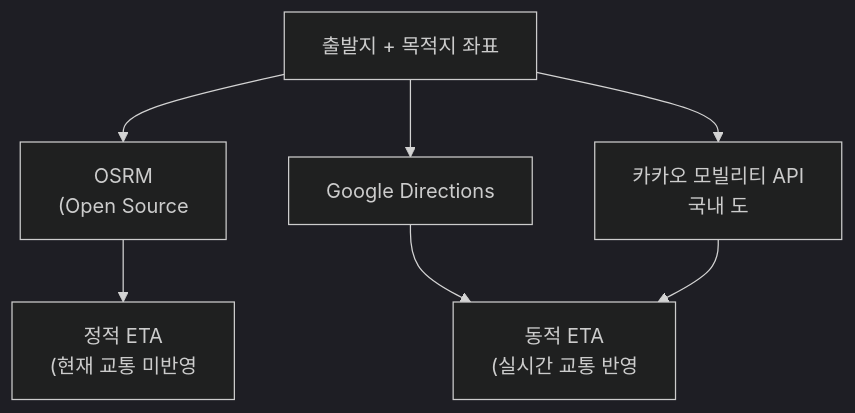
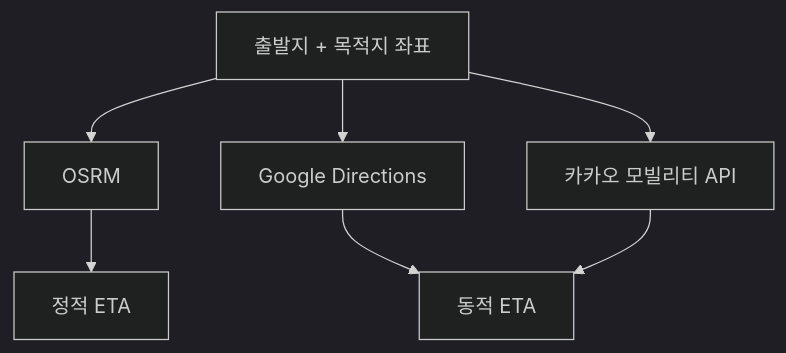
Before and after one commit to yjkim2015/yjkim2015.github.io: the seventh of 9 diagrams in _posts/systemdesign/2026-05-03-system-design-location.md, drawn with Mermaid (dark theme). The commit also changed other lines of this file and 217 other files, not shown here.

First line of the commit message:
Mermaid 크기 수정: useMaxWidth:true + SVG max-width:100% + 라벨 축소

````diff
--- a/_posts/systemdesign/2026-05-03-system-design-location.md
+++ b/_posts/systemdesign/2026-05-03-system-design-location.md
@@ -609,10 +609,10 @@
 ```mermaid
 graph TD
     Input["출발지 + 목적지 좌표"]
-    Input --> OSRM["OSRM\n(Open Source"]
+    Input --> OSRM["OSRM"]
     Input --> Google["Google Directions"]
-    Input --> Kakao["카카오 모빌리티 API\n국내 도"]
-    OSRM --> Static["정적 ETA\n(현재 교통 미반영"]
-    Google --> Dynamic["동적 ETA\n(실시간 교통 반영"]
+    Input --> Kakao["카카오 모빌리티 API"]
+    OSRM --> Static["정적 ETA"]
+    Google --> Dynamic["동적 ETA"]
     Kakao --> Dynamic
 ```
````
